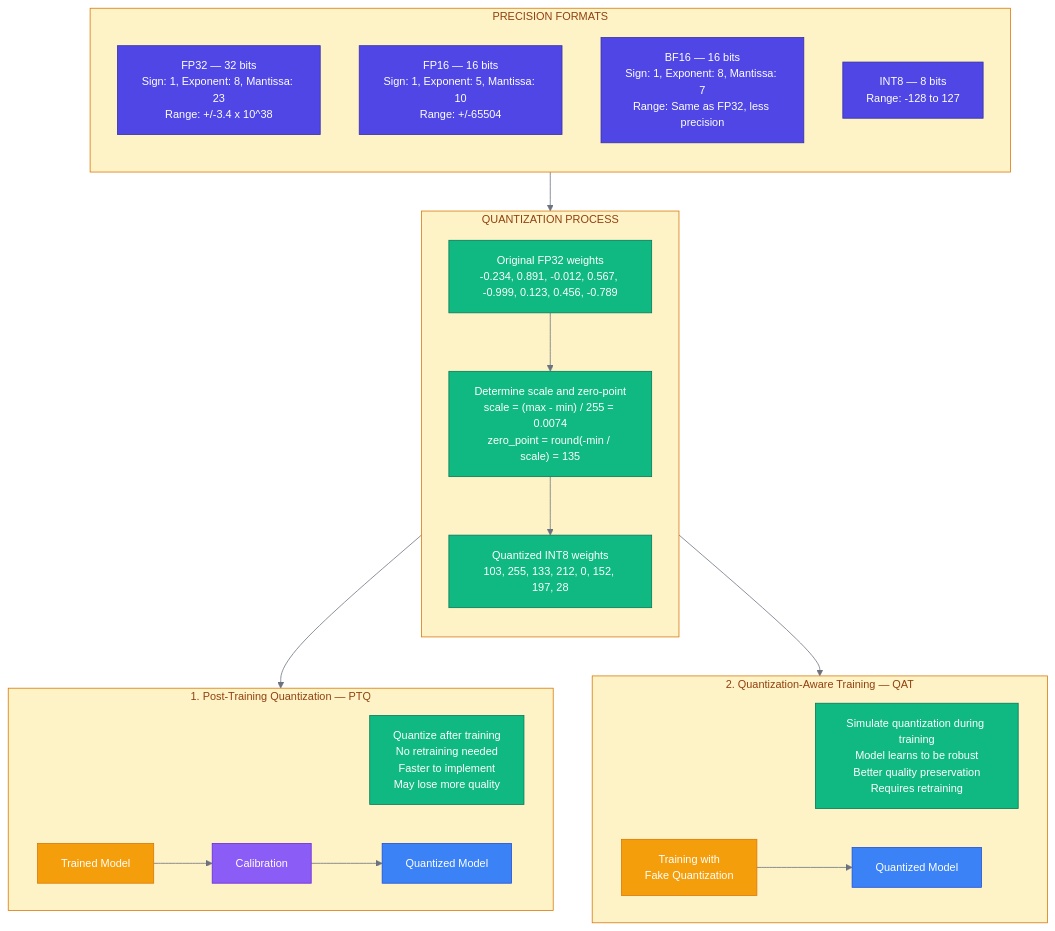
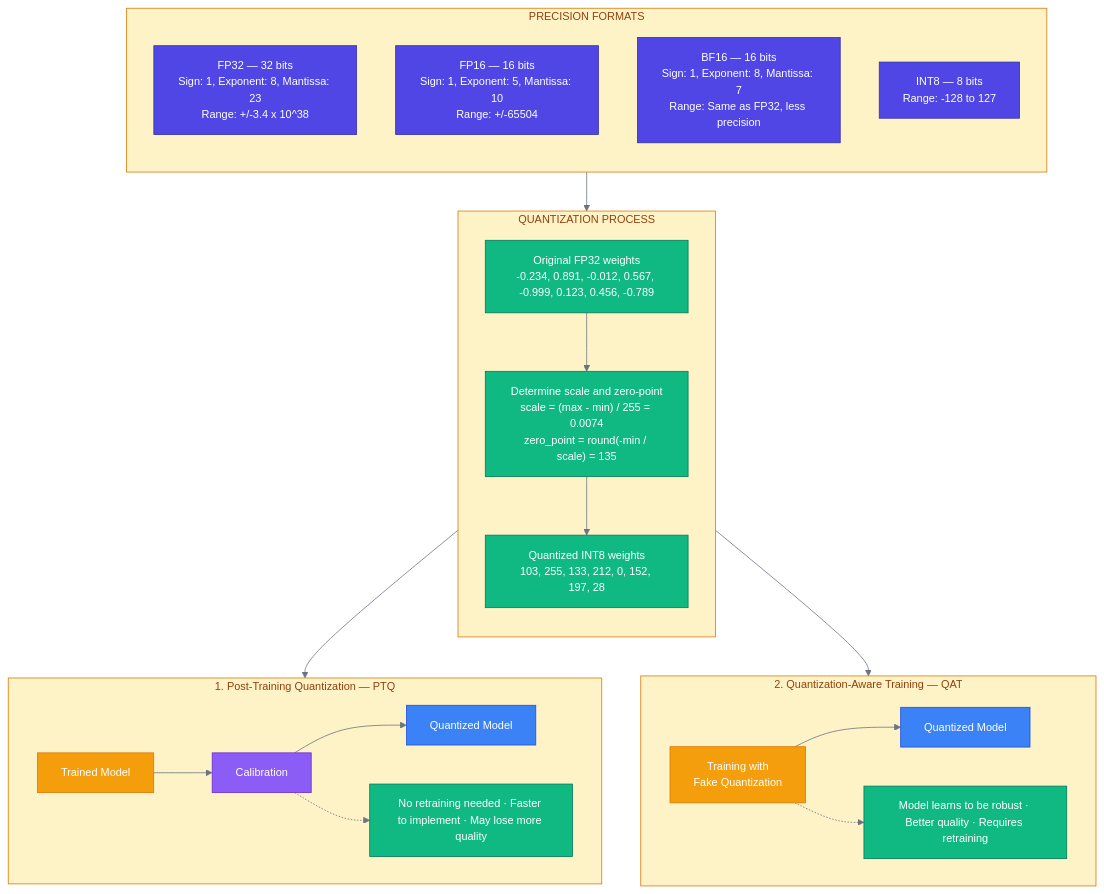
Before and after one commit to gheniabla/BuildingProductionAISystems: the second of 5 diagrams in course-notes/07-week7-optimization.md, drawn with Mermaid. The commit also changed 7 other files, not shown here.

First line of the commit message:
Fix broken mermaid diagrams: escape parens, replace block-beta, connect orphan nodes

````diff
--- a/course-notes/07-week7-optimization.md
+++ b/course-notes/07-week7-optimization.md
@@ -62,49 +62,51 @@
 ```mermaid
 %%{init: {'theme': 'base', 'themeVariables': {'primaryColor': '#4F46E5', 'primaryTextColor': '#FFFFFF', 'primaryBorderColor': '#3730A3', 'secondaryColor': '#D1FAE5', 'secondaryTextColor': '#065F46', 'secondaryBorderColor': '#059669', 'tertiaryColor': '#FEF3C7', 'tertiaryTextColor': '#92400E', 'tertiaryBorderColor': '#D97706', 'lineColor': '#6B7280', 'textColor': '#1F2937', 'fontSize': '14px'}}}%%
 flowchart TB
     subgraph formats ["PRECISION FORMATS"]
         direction TB
         fp32["FP32 — 32 bits<br/>Sign: 1, Exponent: 8, Mantissa: 23<br/>Range: +/-3.4 x 10^38"]
         fp16["FP16 — 16 bits<br/>Sign: 1, Exponent: 5, Mantissa: 10<br/>Range: +/-65504"]
         bf16["BF16 — 16 bits<br/>Sign: 1, Exponent: 8, Mantissa: 7<br/>Range: Same as FP32, less precision"]
         int8["INT8 — 8 bits<br/>Range: -128 to 127"]
     end
 
     subgraph process ["QUANTIZATION PROCESS"]
         direction TB
         orig["Original FP32 weights<br/>-0.234, 0.891, -0.012, 0.567, -0.999, 0.123, 0.456, -0.789"]
-        scale["Determine scale and zero-point<br/>scale = (max - min) / 255 = 0.0074<br/>zero_point = round(-min / scale) = 135"]
+        scale["Determine scale and zero-point<br/>scale = #40;max - min#41; / 255 = 0.0074<br/>zero_point = round#40;-min / scale#41; = 135"]
         quant["Quantized INT8 weights<br/>103, 255, 133, 212, 0, 152, 197, 28"]
         orig --> scale --> quant
     end
 
     subgraph ptq ["1. Post-Training Quantization — PTQ"]
         direction LR
-        ptq_desc["Quantize after training<br/>No retraining needed<br/>Faster to implement<br/>May lose more quality"]
         trained["Trained Model"] --> calibration["Calibration"] --> quantized_ptq["Quantized Model"]
+        ptq_desc["No retraining needed · Faster to implement · May lose more quality"]
+        calibration -.-> ptq_desc
     end
 
     subgraph qat ["2. Quantization-Aware Training — QAT"]
         direction LR
-        qat_desc["Simulate quantization during training<br/>Model learns to be robust<br/>Better quality preservation<br/>Requires retraining"]
         fake_quant["Training with<br/>Fake Quantization"] --> quantized_qat["Quantized Model"]
+        qat_desc["Model learns to be robust · Better quality · Requires retraining"]
+        fake_quant -.-> qat_desc
     end
 
     formats --> process
     process --> ptq
     process --> qat
 
     classDef client fill:#3B82F6,stroke:#1D4ED8,color:#FFFFFF
     classDef gateway fill:#EF4444,stroke:#B91C1C,color:#FFFFFF
     classDef service fill:#4F46E5,stroke:#3730A3,color:#FFFFFF
     classDef data fill:#10B981,stroke:#047857,color:#FFFFFF
     classDef external fill:#F59E0B,stroke:#D97706,color:#FFFFFF
     classDef observability fill:#8B5CF6,stroke:#6D28D9,color:#FFFFFF
 
     class fp32,fp16,bf16,int8 service
     class orig,scale,quant data
     class trained,fake_quant external
     class calibration observability
     class quantized_ptq,quantized_qat client
     class ptq_desc,qat_desc data
 ```
````
